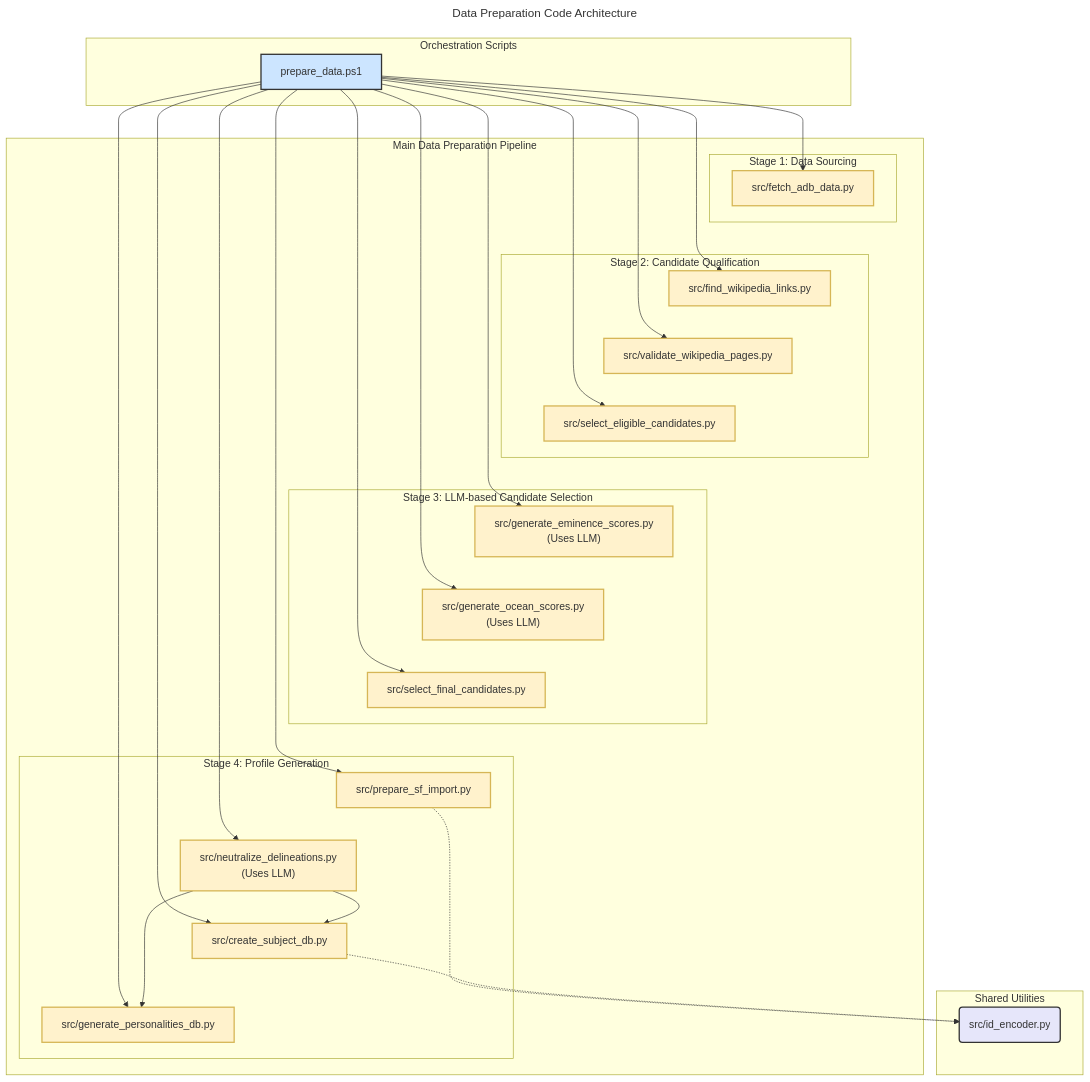
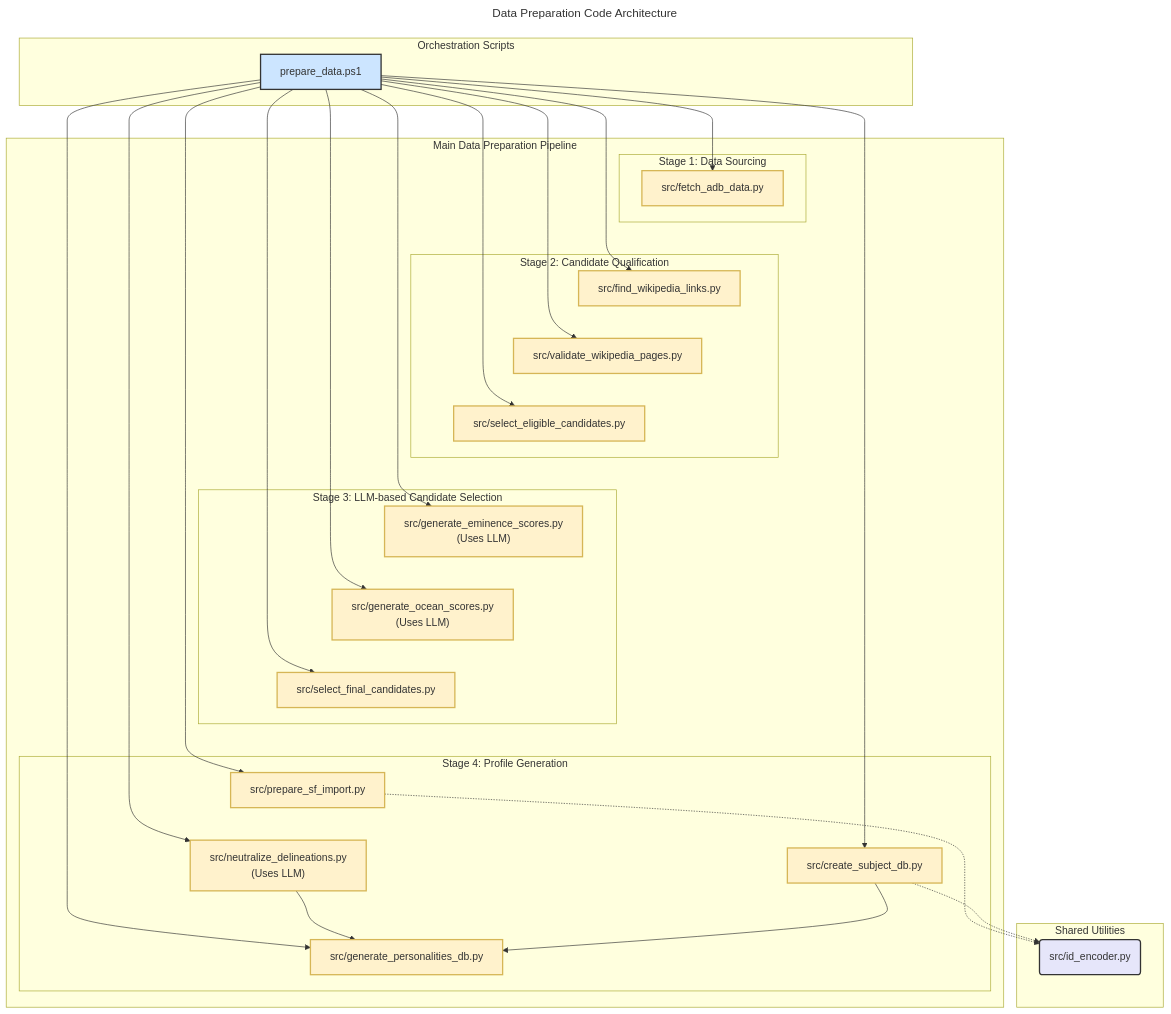
One commit to peterjmarko/llm-narrative-framework changed the diagram in docs/diagrams/arch_prep_codebase.mmd. Above: the diagram before and after it, drawn with Mermaid. The commit also changed 12 other files, not shown here.

```diff
--- a/docs/diagrams/arch_prep_codebase.mmd
+++ b/docs/diagrams/arch_prep_codebase.mmd
@@ -1,71 +1,70 @@
 ---
 title: Data Preparation Code Architecture
 ---
 graph TD
     classDef scriptStyle fill:#fff2cc,stroke:#d6b656,stroke-width:2px
     classDef utilStyle fill:#e6e6fa,stroke:#333,stroke-width:2px
     classDef orchestratorStyle fill:#cce5ff,stroke:#333,stroke-width:2px
 
     subgraph "Orchestration Scripts"
         P[prepare_data.ps1]
     end
 
     subgraph "Main Data Preparation Pipeline"
         subgraph "Stage 1: Data Sourcing"
             A[src/fetch_adb_data.py]
         end
         subgraph "Stage 2: Candidate Qualification"
             B[src/find_wikipedia_links.py]
             B2[src/validate_wikipedia_pages.py]
             C[src/select_eligible_candidates.py]
         end
         subgraph "Stage 3: LLM-based Candidate Selection"
             D["src/generate_eminence_scores.py<br/>(Uses LLM)"]
             E["src/generate_ocean_scores.py<br/>(Uses LLM)"]
             F[src/select_final_candidates.py]
         end
         subgraph "Stage 4: Profile Generation"
             G[src/prepare_sf_import.py]
             J["src/neutralize_delineations.py<br/>(Uses LLM)"]
             H[src/create_subject_db.py]
             I[src/generate_personalities_db.py]
         end
     end
     
     P --> A
     P --> B
     P --> B2
     P --> C
     P --> D
     P --> E
     P --> F
     P --> G
     P --> J
     P --> H
     P --> I
 
     %% Invisible links to force vertical waterfall layout
     A ~~~ B
     B ~~~ B2
     B2 ~~~ C
     C ~~~ D
     D ~~~ E
     E ~~~ F
     F ~~~ G
     G ~~~ J
-    J ~~~ H
     H ~~~ I
 
     subgraph Shared Utilities
         K(src/id_encoder.py)
     end
 
     J --> I
-    J --> H
+    H --> I
     G -.-> K
     H -.-> K
 
     %% Apply Styles
     class P orchestratorStyle
     class A,B,B2,C,D,E,F,G,H,I,J scriptStyle
     class K utilStyle
```
